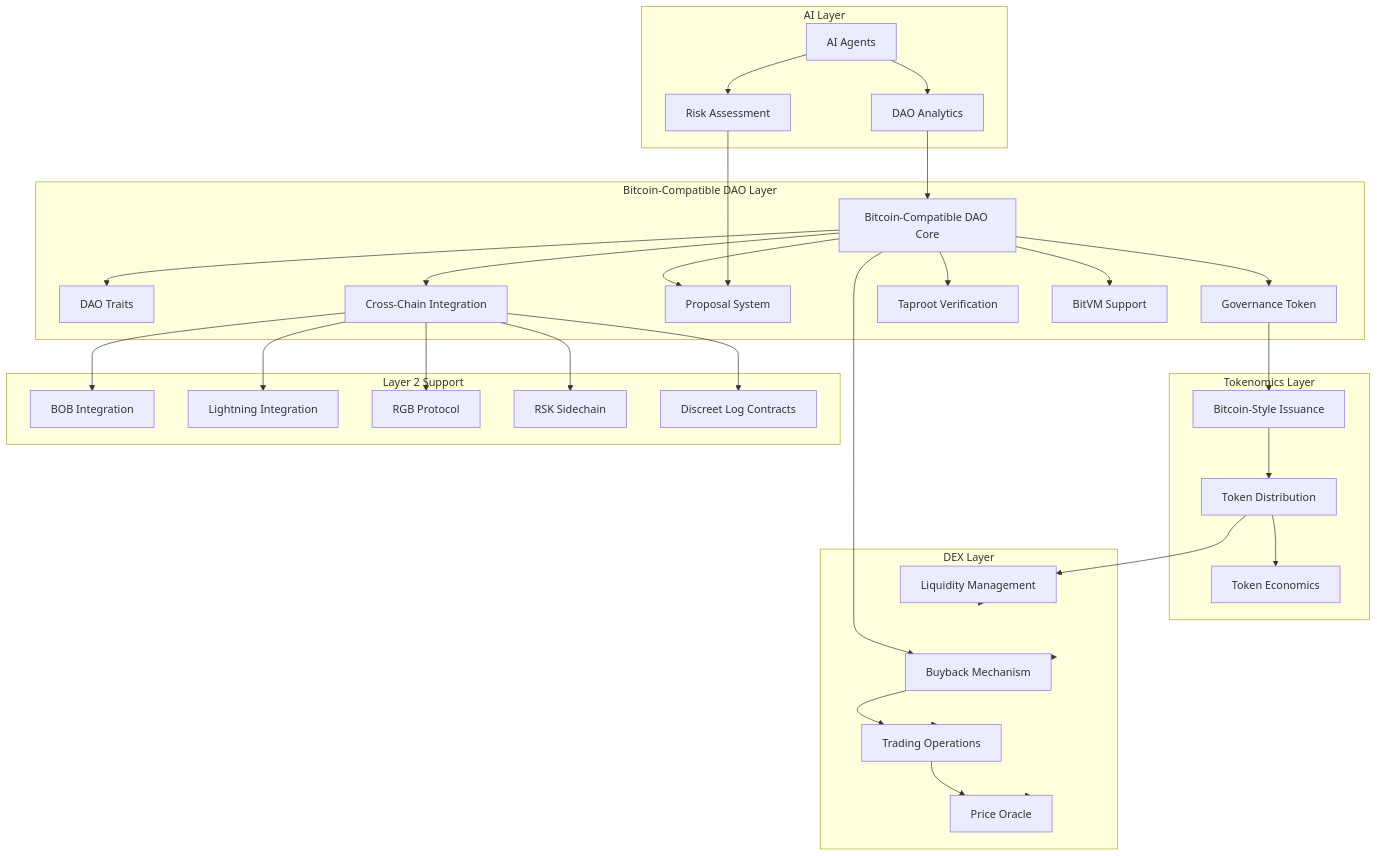
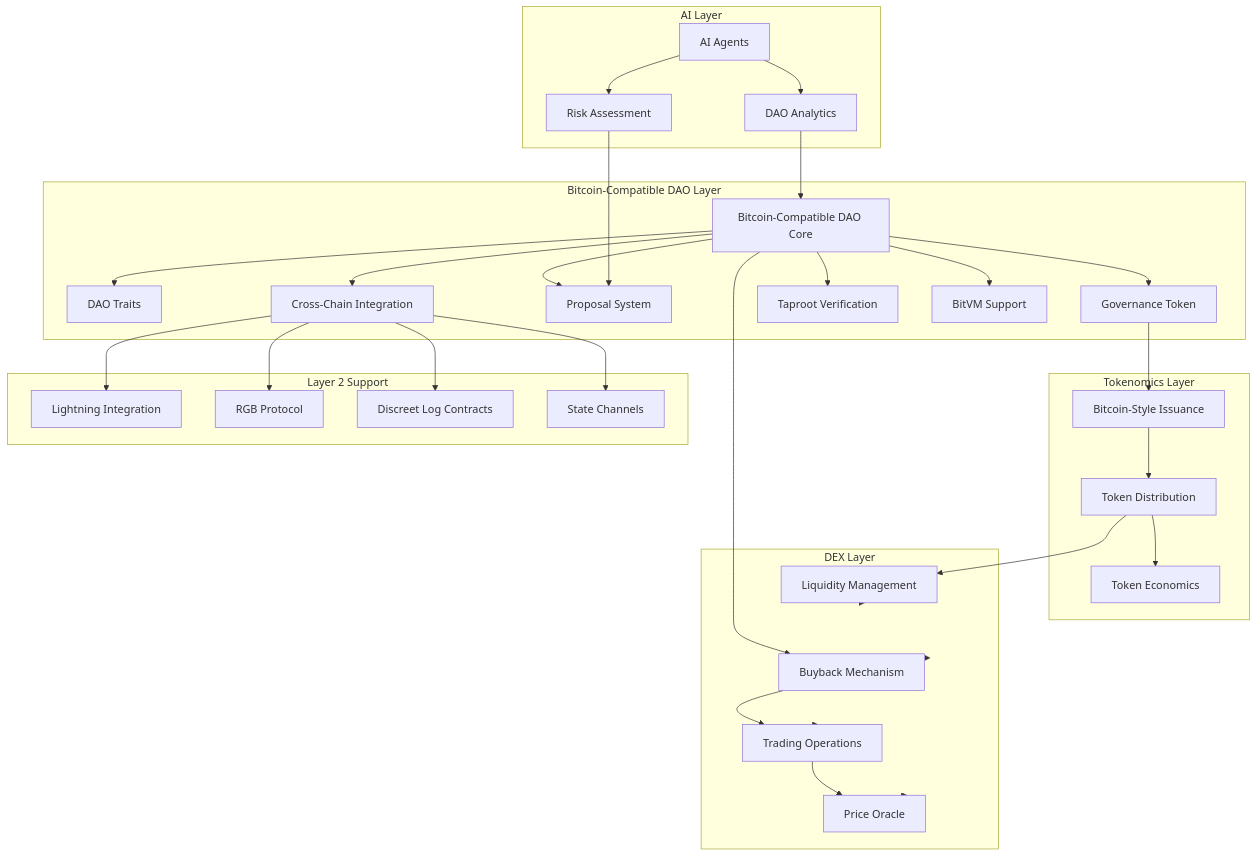
One commit to Anya-org/Anya-core changed the second of 2 diagrams in SYSTEM_MAP.md. Above: the diagram before and after it, drawn with Mermaid. The commit also changed other lines of this file and 52 other files, not shown here.

````diff
--- a/SYSTEM_MAP.md
+++ b/SYSTEM_MAP.md
@@ -283,72 +252,70 @@
 ```mermaid
 graph TB
     subgraph DAO[Bitcoin-Compatible DAO Layer]
         DAOCore[Bitcoin-Compatible DAO Core]
         Traits[DAO Traits]
         Token[Governance Token]
         Proposals[Proposal System]
         CrossChain[Cross-Chain Integration]
         TaprootVerification[Taproot Verification]
         BitVMSupport[BitVM Support]
     end
 
     subgraph Tokenomics[Tokenomics Layer]
         Issuance[Bitcoin-Style Issuance]
         Distribution[Token Distribution]
         Economics[Token Economics]
     end
 
     subgraph DEX[DEX Layer]
         Liquidity[Liquidity Management]
         Trading[Trading Operations]
         Oracle[Price Oracle]
         Buyback[Buyback Mechanism]
     end
 
     subgraph Layer2[Layer 2 Support]
-        BOB[BOB Integration]
         LN[Lightning Integration]
         RGB[RGB Protocol]
-        RSK[RSK Sidechain]
         DLC[Discreet Log Contracts]
+        StateChannels[State Channels]
     end
 
     subgraph AI[AI Layer]
         AIAgent[AI Agents]
         DAO_Metrics[DAO Analytics]
         RiskAssessment[Risk Assessment]
     end
 
     %% Connections
     DAOCore --> Traits
     DAOCore --> Token
     DAOCore --> Proposals
     DAOCore --> CrossChain
     DAOCore --> TaprootVerification
     DAOCore --> BitVMSupport
 
     Token --> Issuance
     Issuance --> Distribution
     Distribution --> Economics
 
-    CrossChain --> BOB
     CrossChain --> LN
     CrossChain --> RGB
-    CrossChain --> RSK
     CrossChain --> DLC
+    CrossChain --> StateChannels
 
     Distribution --> Liquidity
     DAOCore --> Buyback
     Buyback --> Trading
     Trading --> Oracle
 
     AIAgent --> DAO_Metrics
     AIAgent --> RiskAssessment
     DAO_Metrics --> DAOCore
     RiskAssessment --> Proposals
 
     Liquidity --> DEX
     Trading --> DEX
     Oracle --> DEX
     Buyback --> DEX
 ```
````
